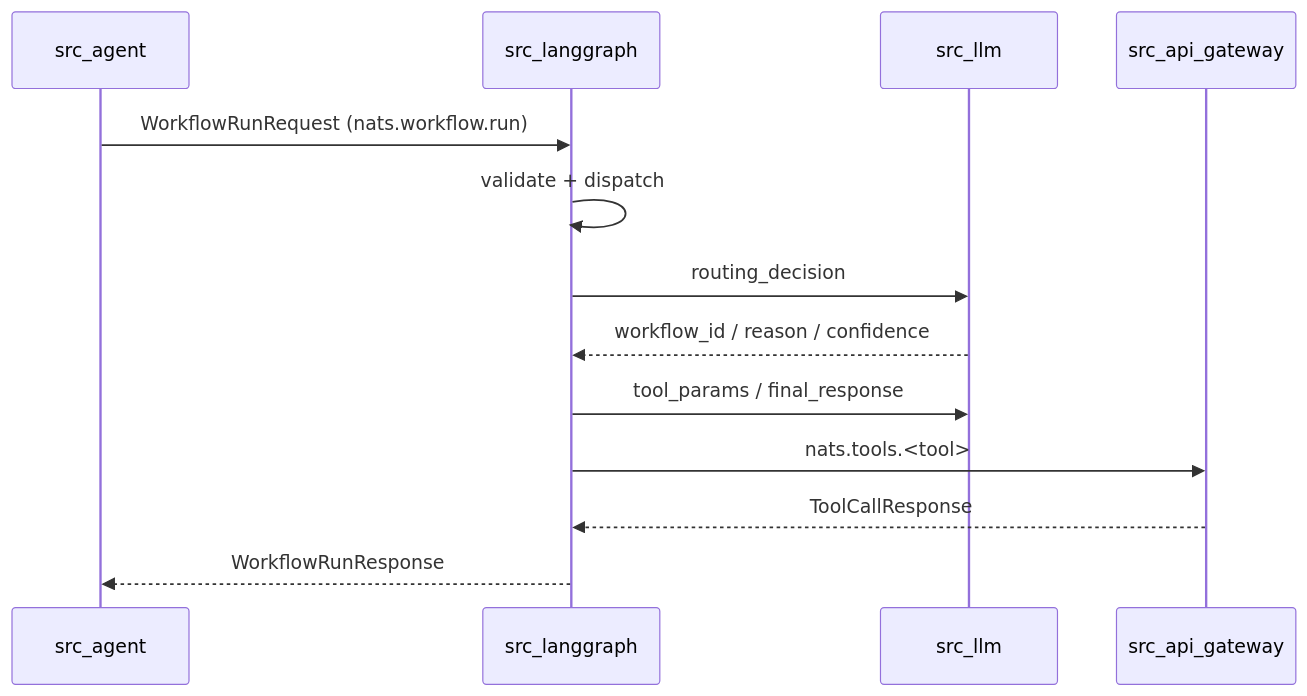
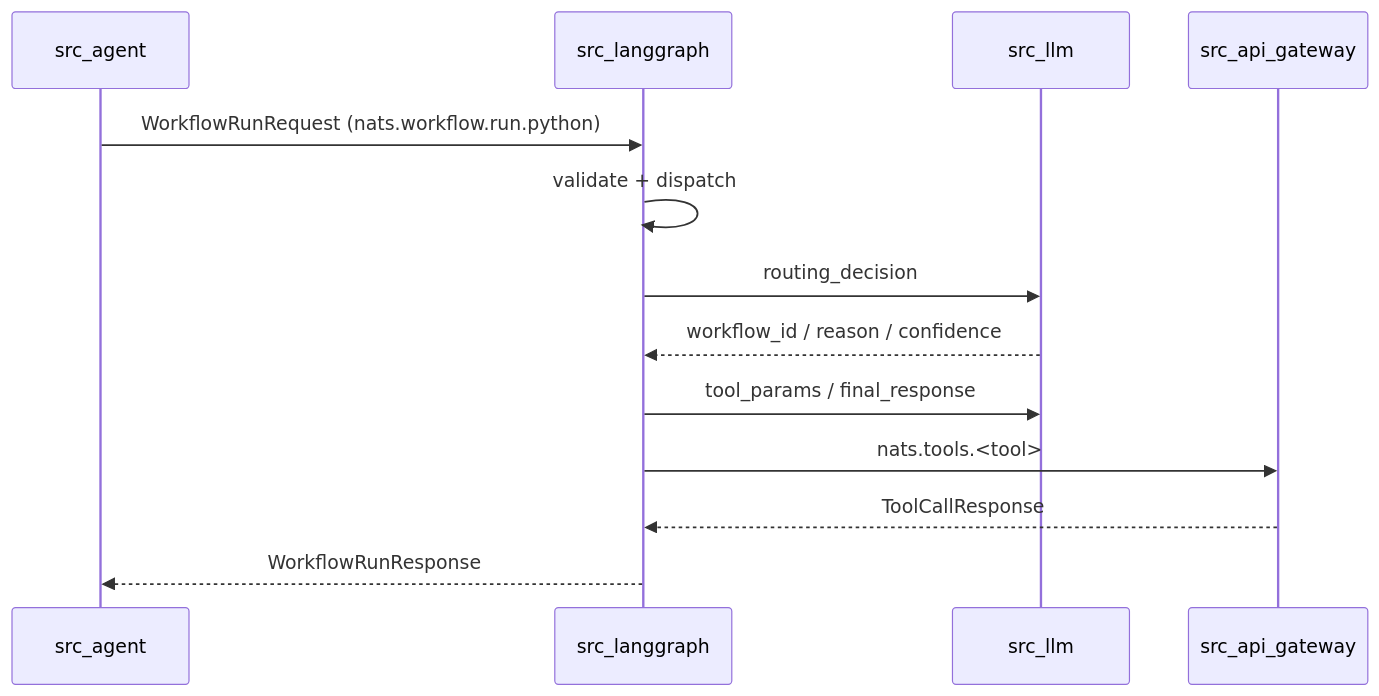
One commit to komaroffsergei/webrtc-komaroff changed the first of 2 diagrams in src_langgraph/README.md. Above: the diagram before and after it, drawn with Mermaid. The commit also changed other lines of this file and 63 other files, not shown here.

````diff
--- a/src_langgraph/README.md
+++ b/src_langgraph/README.md
@@ -78,16 +78,16 @@
 ```mermaid
 sequenceDiagram
     participant A as src_agent
     participant W as src_langgraph
     participant L as src_llm
     participant T as src_api_gateway
 
-    A->>W: WorkflowRunRequest (nats.workflow.run)
+    A->>W: WorkflowRunRequest (nats.workflow.run.python)
     W->>W: validate + dispatch
     W->>L: routing_decision
     L-->>W: workflow_id / reason / confidence
     W->>L: tool_params / final_response
     W->>T: nats.tools.<tool>
     T-->>W: ToolCallResponse
     W-->>A: WorkflowRunResponse
 ```
````
